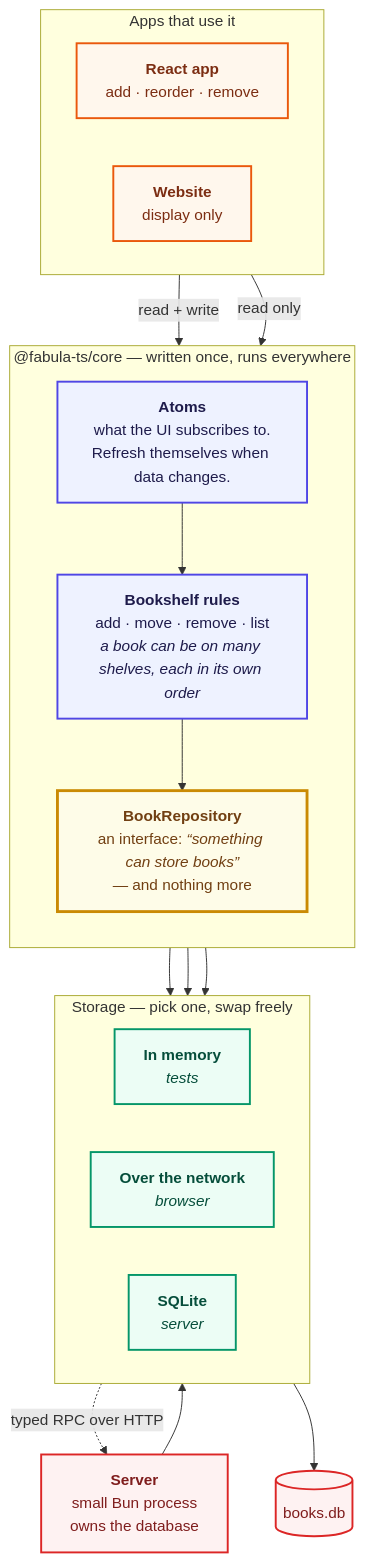
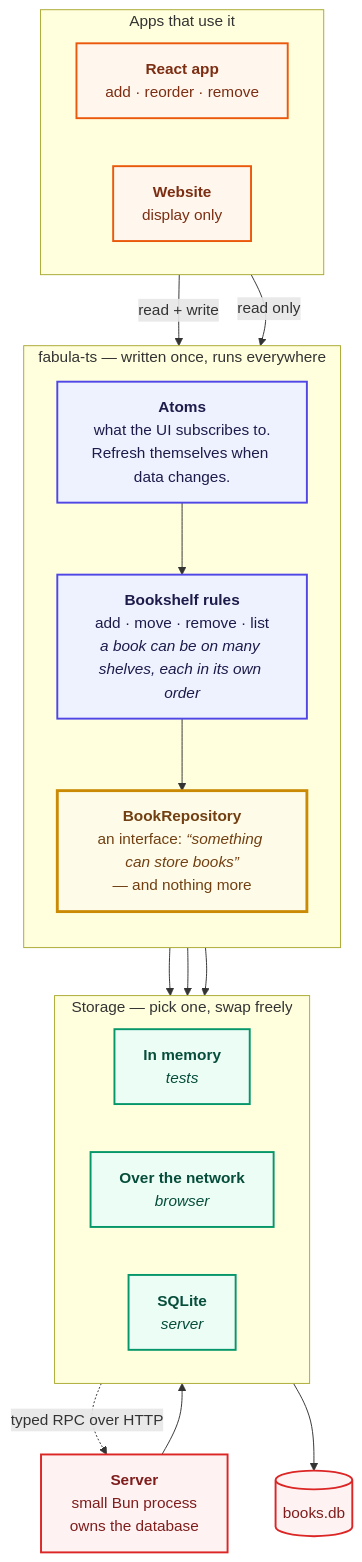
One commit to jotapemattos/fabula changed the first of 2 diagrams in README.md. Above: the diagram before and after it, drawn with Mermaid. The commit also changed other lines of this file, not shown here.

````diff
--- a/README.md
+++ b/README.md
@@ -16,46 +16,46 @@
 ```mermaid
 flowchart TB
   subgraph apps["Apps that use it"]
     direction LR
     react["<b>React app</b><br/>add · reorder · remove"]
     site["<b>Website</b><br/>display only"]
   end
 
-  subgraph lib["@fabula-ts/core — written once, runs everywhere"]
+  subgraph lib["fabula-ts — written once, runs everywhere"]
     direction TB
     atoms["<b>Atoms</b><br/>what the UI subscribes to.<br/>Refresh themselves when data changes."]
     rules["<b>Bookshelf rules</b><br/>add · move · remove · list<br/><i>a book can be on many shelves, each in its own order</i>"]
     seam["<b>BookRepository</b><br/>an interface: <i>“something can store books”</i><br/>— and nothing more"]
     atoms --> rules --> seam
   end
 
   subgraph store["Storage — pick one, swap freely"]
     direction LR
     mem["<b>In memory</b><br/><i>tests</i>"]
     net["<b>Over the network</b><br/><i>browser</i>"]
     sql["<b>SQLite</b><br/><i>server</i>"]
   end
 
   server["<b>Server</b><br/>small Bun process<br/>owns the database"]
   db[("books.db")]
 
   react -->|"read + write"| atoms
   site -->|"read only"| atoms
   seam --> mem
   seam --> net
   seam --> sql
   net -.->|"typed RPC over HTTP"| server
   server --> sql
   sql --> db
 
   classDef app fill:#fff7ed,stroke:#ea580c,stroke-width:2px,color:#7c2d12
   classDef core fill:#eef2ff,stroke:#4f46e5,stroke-width:2px,color:#1e1b4b
   classDef face fill:#fefce8,stroke:#ca8a04,stroke-width:3px,color:#713f12
   classDef impl fill:#ecfdf5,stroke:#059669,stroke-width:2px,color:#064e3b
   classDef srv fill:#fef2f2,stroke:#dc2626,stroke-width:2px,color:#7f1d1d
   class react,site app
   class atoms,rules core
   class seam face
   class mem,net,sql impl
   class server,db srv
 ```
````
